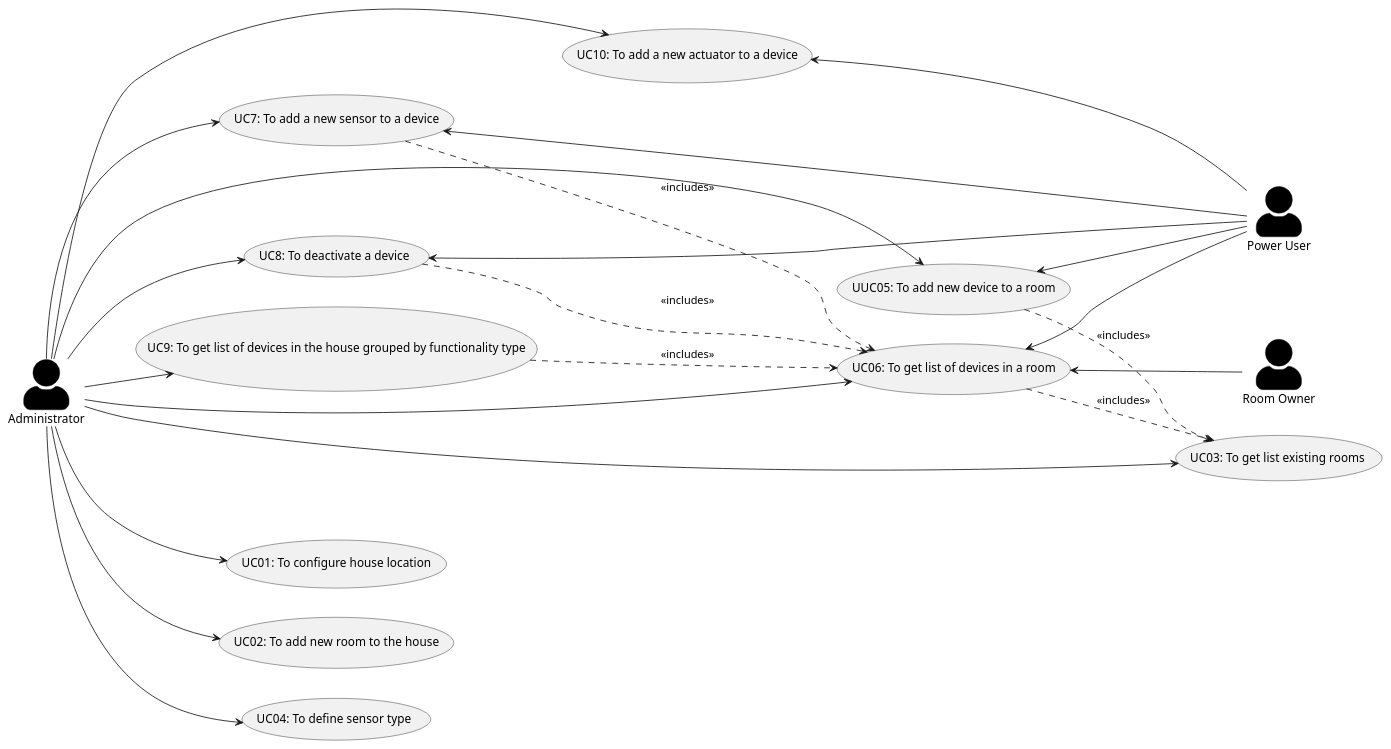
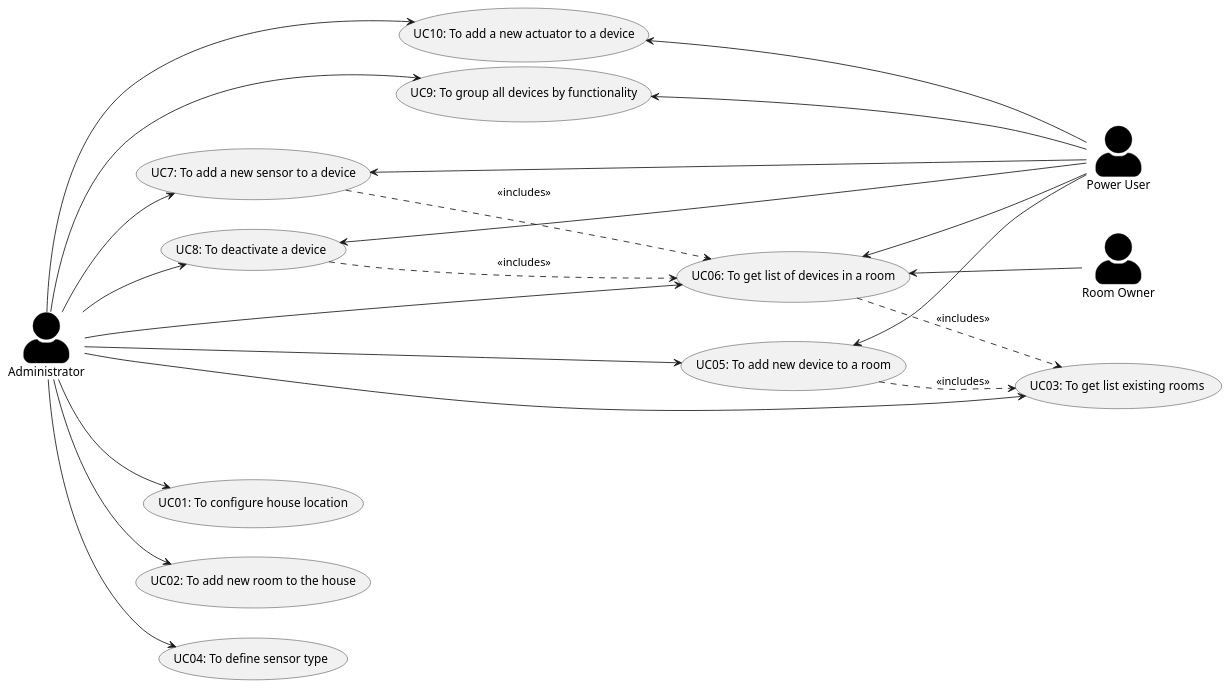
Before and after one commit to olivDiogo/SmartHome: the diagram in docs/ooa/3.useCaseDiagram/useCaseDiagram.puml, drawn with PlantUML. The commit also changed 2 other files, not shown here.

Commit message:
#346 docs: edited use case diagram small fix to uc07 and uc08 readme files

```diff
--- a/docs/ooa/3.useCaseDiagram/useCaseDiagram.puml
+++ b/docs/ooa/3.useCaseDiagram/useCaseDiagram.puml
@@ -1,47 +1,48 @@
 @startuml
 'https://plantuml.com/use-case-diagram
 left to right direction
 skinparam actorStyle awesome
 skinparam ActorBackgroundColor black
 
 :Administrator: as Admin
 :Power User: as Power_User
 :Room Owner: as Room_Owner
 
 (UC01: To configure house location) as (Use1)
 (UC02: To add new room to the house) as (Use2)
 (UC03: To get list existing rooms) as (Use3)
 (UC04: To define sensor type) as (Use4)
-(UUC05: To add new device to a room) as (Use5)
+(UC05: To add new device to a room) as (Use5)
 (UC06: To get list of devices in a room) as (Use6)
 (UC7: To add a new sensor to a device) as (Use7)
 (UC8: To deactivate a device) as (Use8)
-(UC9: To get list of devices in the house grouped by functionality type) as (Use9)
+(UC9: To group all devices by functionality) as (Use9)
 (UC10: To add a new actuator to a device) as (Use10)
 
 Admin --> (Use1)
 Admin --> (Use2)
 Admin --> (Use3)
 Admin --> (Use4)
 Admin --> (Use5)
 Admin --> (Use6)
 Admin --> (Use7)
 Admin --> (Use8)
 Admin --> (Use9)
 Admin --> (Use10)
 
 Power_User -up-> (Use5)
 Power_User -up-> (Use6)
 Power_User -up-> (Use7)
 Power_User -up-> (Use8)
+Power_User -up-> (Use9)
 Power_User -up-> (Use10)
 
 Room_Owner -up-> (Use6)
 
 (Use6) ..> (Use3): <<includes>>
 (Use5) ..> (Use3): <<includes>>
 (Use7) ..> (Use6): <<includes>>
 (Use8) ..> (Use6): <<includes>>
-(Use9) ..> (Use6): <<includes>>
+
 
 @enduml
```
